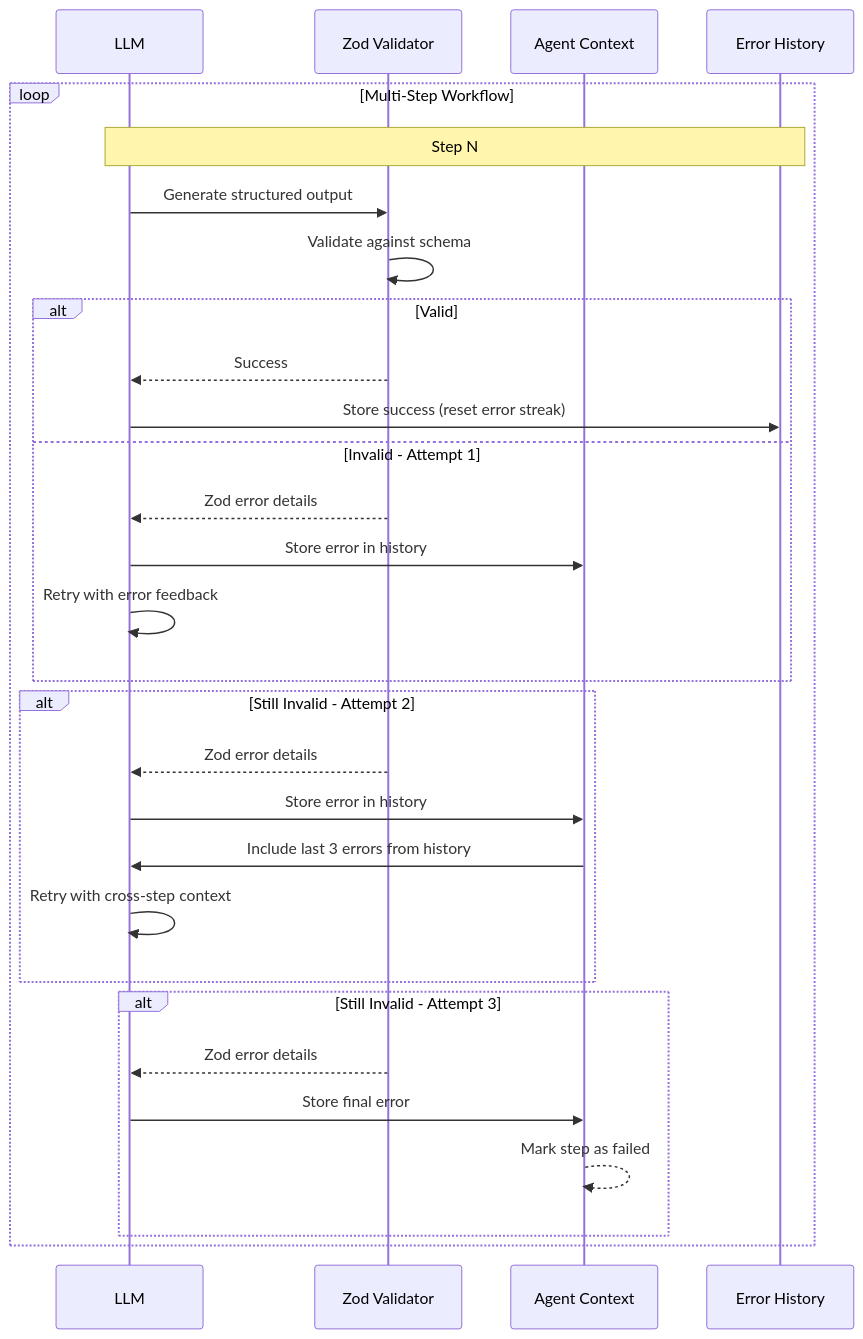
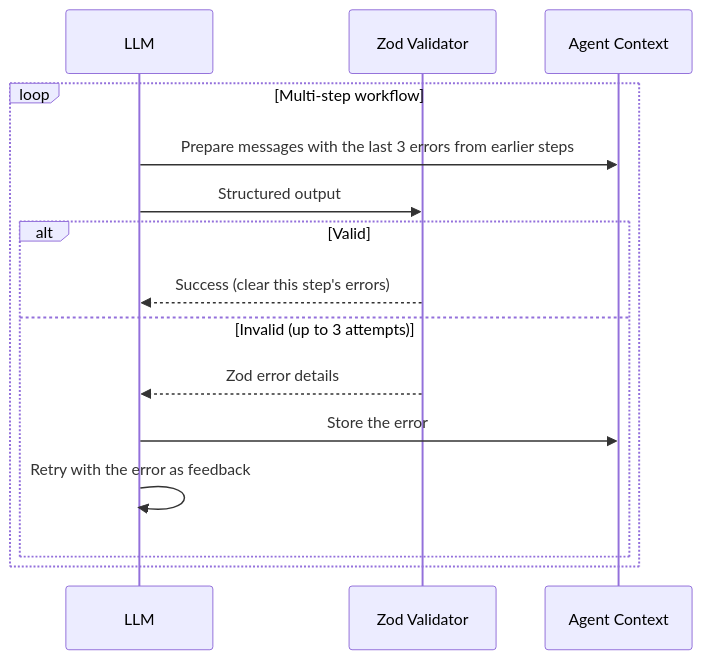
Before and after one commit to nibzard/awesome-agentic-patterns: the diagram in patterns/schema-validation-retry-cross-step-learning.md, drawn with Mermaid. The commit also changed other lines of this file and 820 other files, not shown here.

````diff
--- a/patterns/schema-validation-retry-cross-step-learning.md
+++ b/patterns/schema-validation-retry-cross-step-learning.md
@@ -129,35 +100,18 @@
 ```mermaid
 sequenceDiagram
     participant LLM as LLM
-    participant Validator as Zod Validator
-    participant Context as Agent Context
-    participant History as Error History
+    participant V as Zod Validator
+    participant Ctx as Agent Context
 
-    loop Multi-Step Workflow
-        Note over LLM,History: Step N
-        LLM->>Validator: Generate structured output
-        Validator->>Validator: Validate against schema
-
+    loop Multi-step workflow
+        LLM->>Ctx: Prepare messages with the last 3 errors from earlier steps
+        LLM->>V: Structured output
         alt Valid
-            Validator-->>LLM: Success
-            LLM->>History: Store success (reset error streak)
-        else Invalid - Attempt 1
-            Validator-->>LLM: Zod error details
-            LLM->>Context: Store error in history
-            LLM->>LLM: Retry with error feedback
-        end
-
-        alt Still Invalid - Attempt 2
-            Validator-->>LLM: Zod error details
-            LLM->>Context: Store error in history
-            Context->>LLM: Include last 3 errors from history
-            LLM->>LLM: Retry with cross-step context
-        end
-
-        alt Still Invalid - Attempt 3
-            Validator-->>LLM: Zod error details
-            LLM->>Context: Store final error
-            Context-->>Context: Mark step as failed
+            V-->>LLM: Success (clear this step's errors)
+        else Invalid (up to 3 attempts)
+            V-->>LLM: Zod error details
+            LLM->>Ctx: Store the error
+            LLM->>LLM: Retry with the error as feedback
         end
     end
 ```
````
